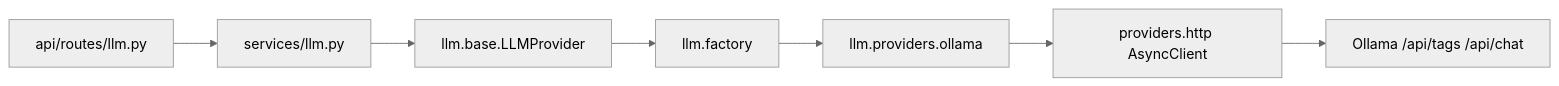
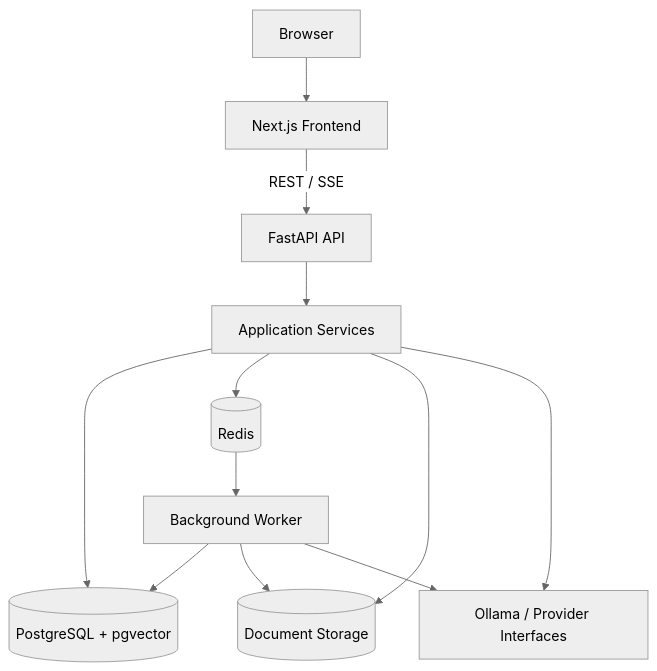
Before and after one commit to Rakeshchaudharyit/cortexa-ai-agent-platform: the diagram in docs/ARCHITECTURE.md, drawn with Mermaid (neutral theme). The commit also changed other lines of this file and 298 other files, not shown here.

````diff
--- a/docs/ARCHITECTURE.md
+++ b/docs/ARCHITECTURE.md
@@ -84,9 +17,14 @@
 ```mermaid
-flowchart LR
-  API[api/routes/llm.py] --> Svc[services/llm.py]
-  Svc --> Proto[llm.base.LLMProvider]
-  Proto --> Factory[llm.factory]
-  Factory --> Ollama[llm.providers.ollama]
-  Ollama --> HTTP[providers.http AsyncClient]
-  HTTP --> Upstream[Ollama /api/tags /api/chat]
+flowchart TB
+    U[Browser] --> F[Next.js Frontend]
+    F -->|REST / SSE| A[FastAPI API]
+    A --> S[Application Services]
+    S --> DB[(PostgreSQL + pgvector)]
+    S --> R[(Redis)]
+    S --> FS[(Document Storage)]
+    S --> AI[Ollama / Provider Interfaces]
+    R --> W[Background Worker]
+    W --> DB
+    W --> FS
+    W --> AI
 ```
````
